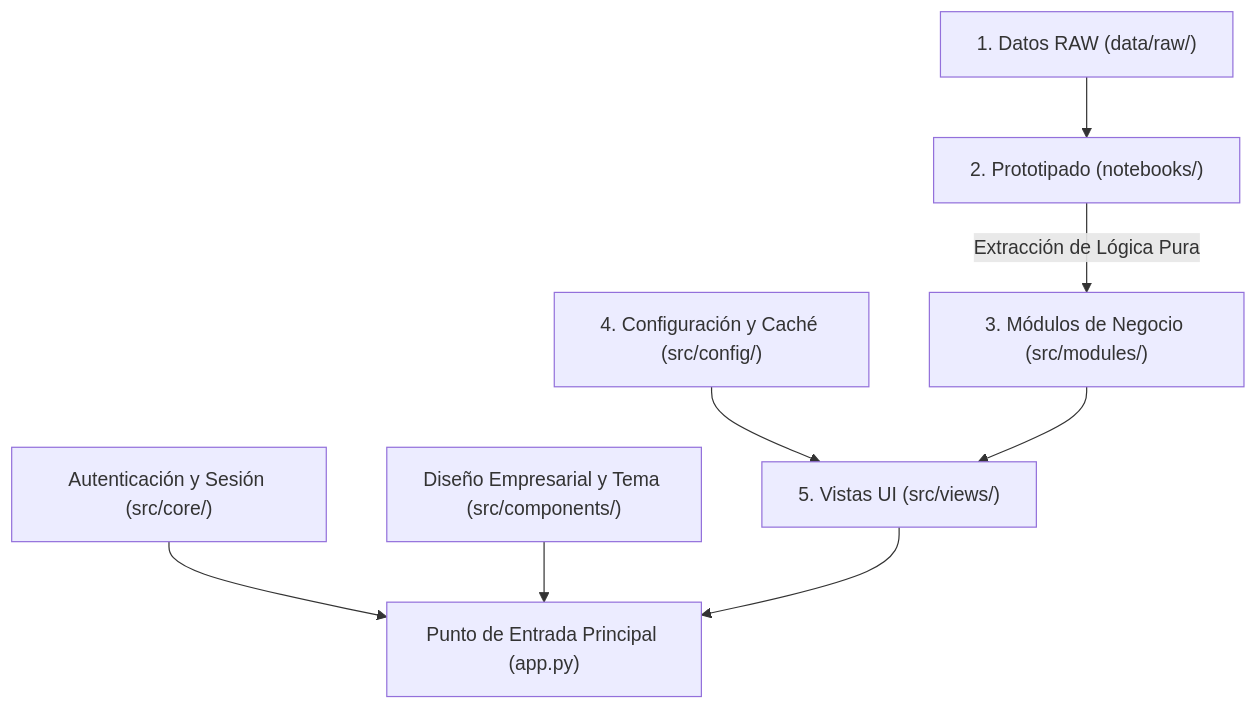
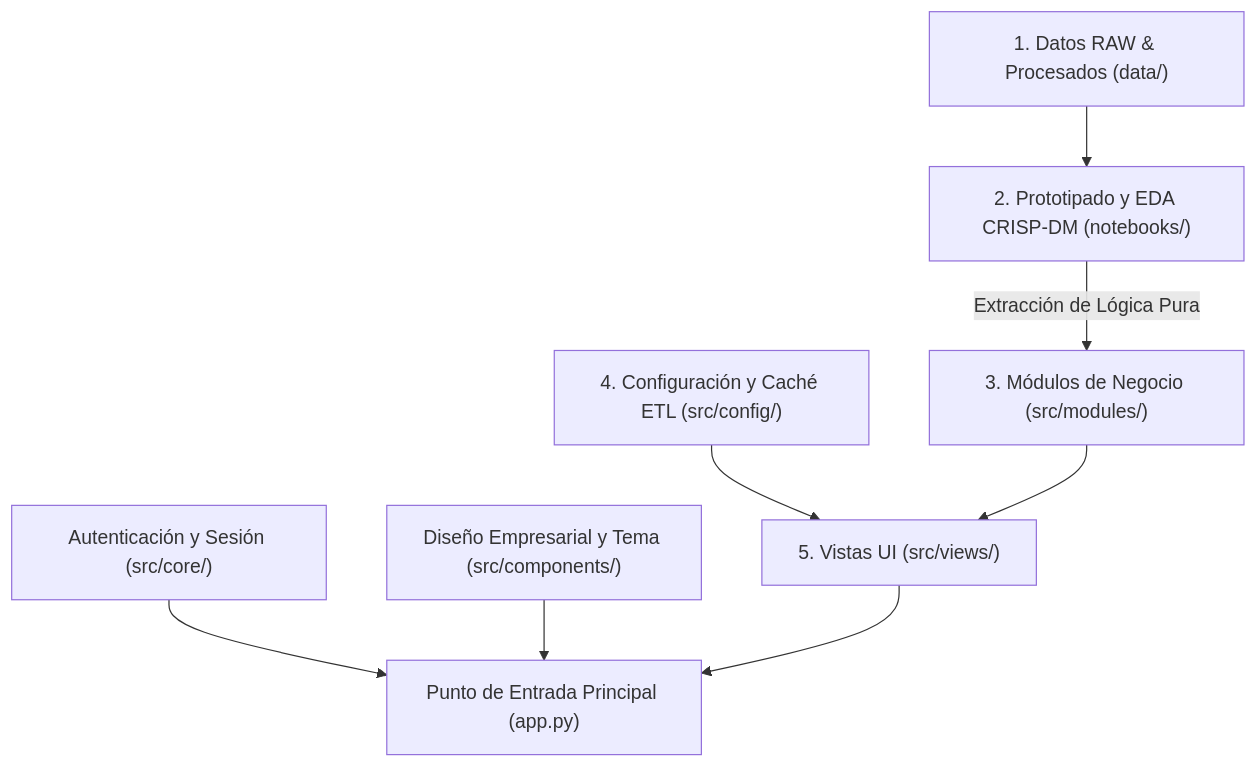
The diagram in DEVELOPER_GUIDE.md (ispc27/app-agro-lab), drawn with Mermaid before and after one commit. The commit also changed other lines of this file and 1 other file, not shown here.

Commit message:
docs: actualizar diccionario de datos y guía de desarrollo con dataset de 8149 registros y nuevas reglas de negocio

````diff
--- a/DEVELOPER_GUIDE.md
+++ b/DEVELOPER_GUIDE.md
@@ -11,10 +11,10 @@
 ```mermaid
 flowchart TD
-    Data["1. Datos RAW (data/raw/)"] --> Notebooks["2. Prototipado (notebooks/)"]
+    Data["1. Datos RAW & Procesados (data/)"] --> Notebooks["2. Prototipado y EDA CRISP-DM (notebooks/)"]
     Notebooks -->|"Extracción de Lógica Pura"| Modules["3. Módulos de Negocio (src/modules/)"]
-    Config["4. Configuración y Caché (src/config/)"] --> Views["5. Vistas UI (src/views/)"]
+    Config["4. Configuración y Caché ETL (src/config/)"] --> Views["5. Vistas UI (src/views/)"]
     Modules --> Views
     Core["Autenticación y Sesión (src/core/)"] --> App["Punto de Entrada Principal (app.py)"]
     Components["Diseño Empresarial y Tema (src/components/)"] --> App
     Views --> App
 ```
````
